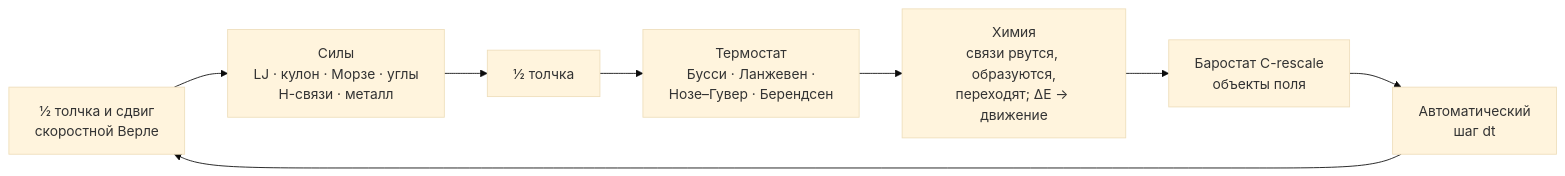
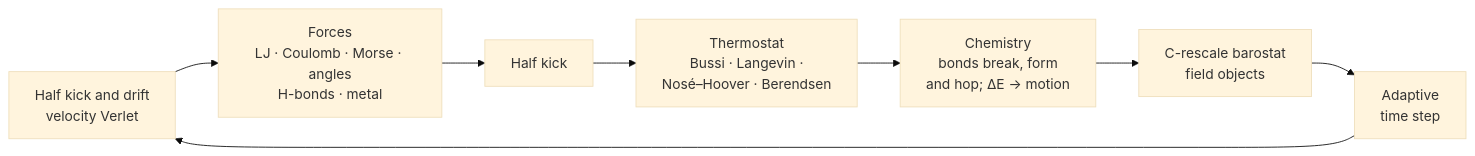
Before and after one commit to felixxxrrr8-afk/Atoms: the diagram in README.md, drawn with Mermaid (base theme). The commit also changed other lines of this file and 4 other files, not shown here.

````diff
--- a/README.md
+++ b/README.md
@@ -159,10 +164,10 @@
 ```mermaid
 flowchart LR
-    A["½ толчка и сдвиг<br>скоростной Верле"] --> B["Силы<br>LJ · кулон · Морзе · углы<br>H-связи · металл"]
-    B --> C["½ толчка"]
-    C --> D["Термостат<br>Бусси · Ланжевен ·<br>Нозе–Гувер · Берендсен"]
-    D --> E["Химия<br>связи рвутся, образуются,<br>переходят; ΔE → движение"]
-    E --> F["Баростат C-rescale<br>объекты поля"]
-    F --> G["Автоматический<br>шаг dt"]
+    A["Half kick and drift<br>velocity Verlet"] --> B["Forces<br>LJ · Coulomb · Morse · angles<br>H-bonds · metal"]
+    B --> C["Half kick"]
+    C --> D["Thermostat<br>Bussi · Langevin ·<br>Nosé–Hoover · Berendsen"]
+    D --> E["Chemistry<br>bonds break, form<br>and hop; ΔE → motion"]
+    E --> F["C-rescale barostat<br>field objects"]
+    F --> G["Adaptive<br>time step"]
     G --> A
 ```
````
